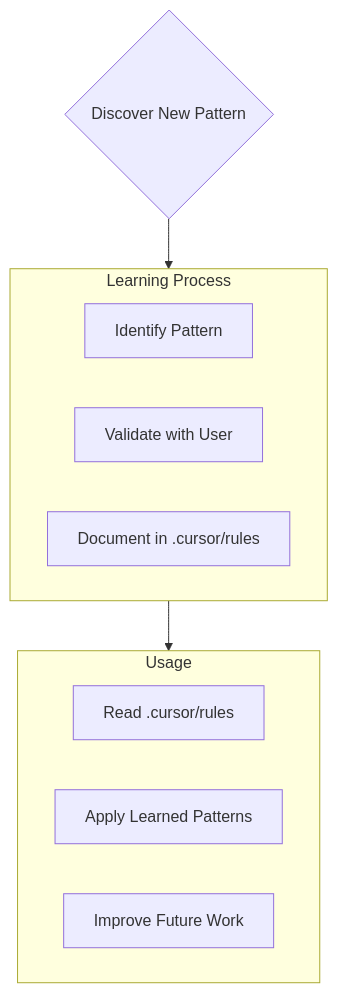
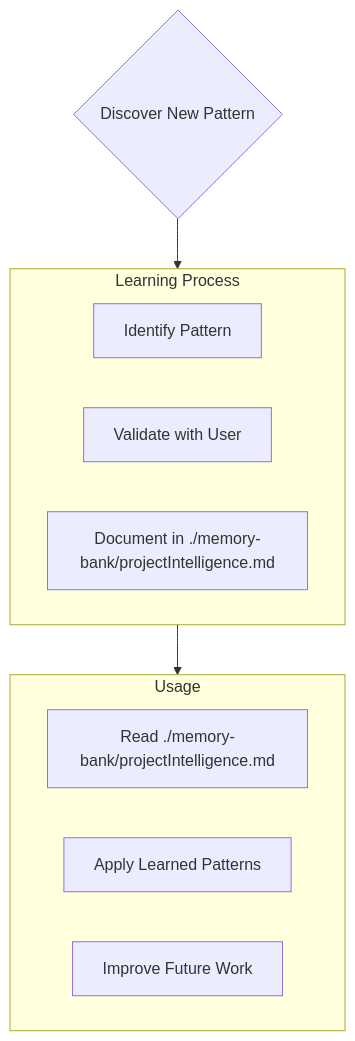
The fifth of 5 diagrams in .cursor/rules/memory-bank.mdc (CHORUS-TRE/chorus-backend), drawn with Mermaid before and after one commit. The commit also changed other lines of this file and 4 other files, not shown here.

Commit message:
Update Memory Bank documentation to reflect the latest project structure

````diff
--- a/.cursor/rules/memory-bank.mdc
+++ b/.cursor/rules/memory-bank.mdc
@@ -133,19 +132,19 @@
 ```mermaid
 flowchart TD
     Start{Discover New Pattern}
 
     subgraph Learn [Learning Process]
         D1[Identify Pattern]
         D2[Validate with User]
-        D3[Document in .cursor/rules]
+        D3[Document in ./memory-bank/projectIntelligence.md]
     end
 
     subgraph Apply [Usage]
-        A1[Read .cursor/rules]
+        A1[Read ./memory-bank/projectIntelligence.md]
         A2[Apply Learned Patterns]
         A3[Improve Future Work]
     end
 
     Start --> Learn
     Learn --> Apply
 ```
````
